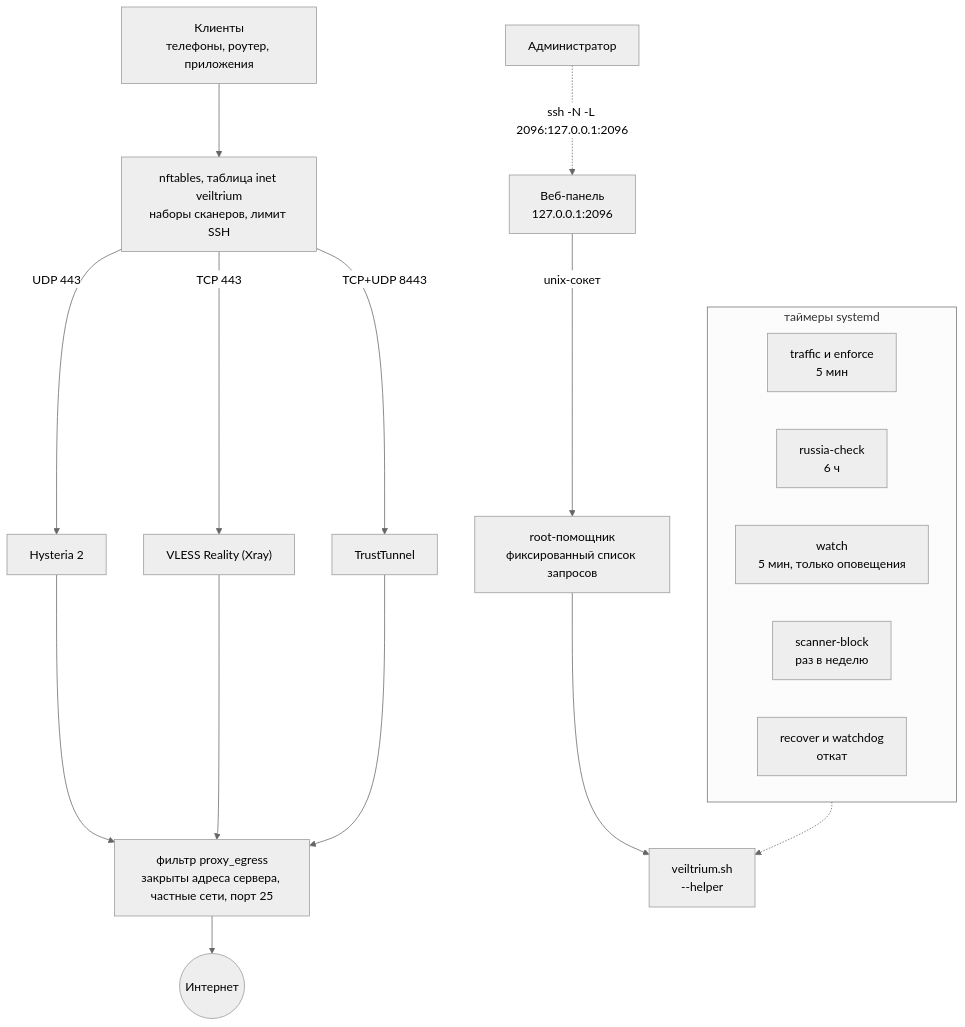
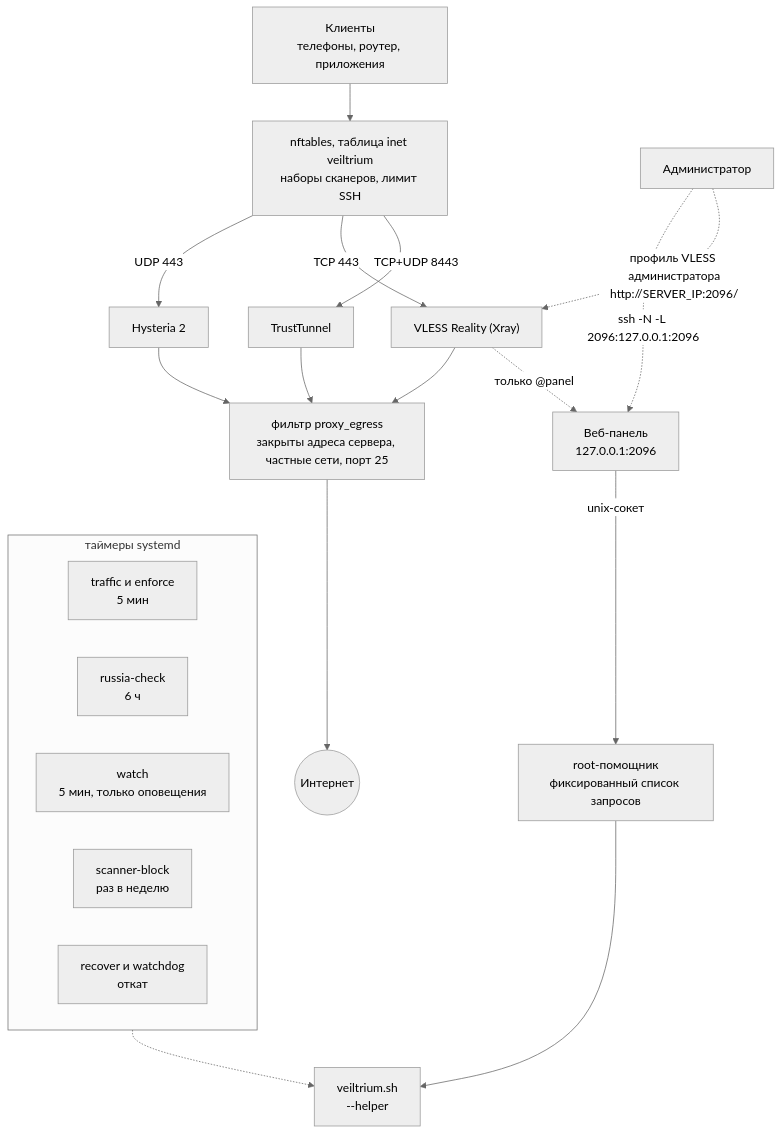
Before and after one commit to Vanilla-SilQ-HD/Veiltrium: the diagram in README.ru.md, drawn with Mermaid (neutral theme). The commit also changed other lines of this file and 12 other files, not shown here.

First line of the commit message:
feat: web panel through the VPN with a separate admin VLESS profile

````diff
--- a/README.ru.md
+++ b/README.ru.md
@@ -118,25 +118,27 @@
 ```mermaid
 flowchart TB
     C["Клиенты<br/>телефоны, роутер, приложения"] --> FW["nftables, таблица inet veiltrium<br/>наборы сканеров, лимит SSH"]
     FW -->|"UDP 443"| H["Hysteria 2"]
     FW -->|"TCP 443"| R["VLESS Reality (Xray)"]
     FW -->|"TCP+UDP 8443"| T["TrustTunnel"]
     H --> E["фильтр proxy_egress<br/>закрыты адреса сервера, частные сети, порт 25"]
     R --> E
     T --> E
     E --> I(("Интернет"))
 
     A["Администратор"] -.->|"ssh -N -L 2096:127.0.0.1:2096"| P["Веб-панель<br/>127.0.0.1:2096"]
+    A -.->|"профиль VLESS администратора<br/>http://SERVER_IP:2096/"| R
+    R -.->|"только @panel"| P
     P -->|"unix-сокет"| HP["root-помощник<br/>фиксированный список запросов"]
     HP --> S["veiltrium.sh<br/>--helper"]
 
     subgraph TM["таймеры systemd"]
         direction LR
         T1["traffic и enforce<br/>5 мин"]
         T2["russia-check<br/>6 ч"]
         T3["watch<br/>5 мин, только оповещения"]
         T4["scanner-block<br/>раз в неделю"]
         T5["recover и watchdog<br/>откат"]
     end
     TM -.-> S
 ```
````
